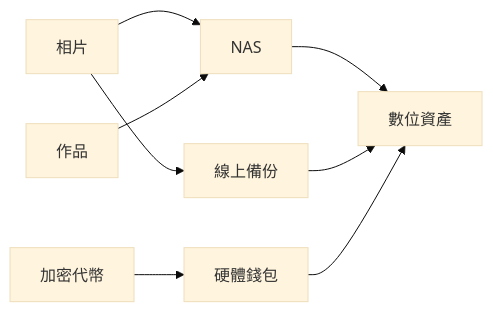
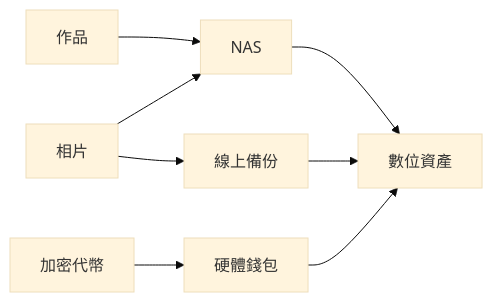
Before and after one commit to gasolin/blog: the diagram in source/_posts/setup_ledger_nano_on_linux.md, drawn with Mermaid (base theme). The commit also changed other lines of this file and 3 other files, not shown here.

```diff
--- a/source/_posts/setup_ledger_nano_on_linux.md
+++ b/source/_posts/setup_ledger_nano_on_linux.md
@@ -15,10 +15,10 @@
 {% mermaid %}
 graph LR
+作品 --> NAS
 相片 --> NAS
 相片 --> 線上備份
-作品 --> NAS
 NAS --> 數位資產
 線上備份 --> 數位資產
 加密代幣 --> 硬體錢包
 硬體錢包 --> 數位資產
 {% endmermaid %}
```
